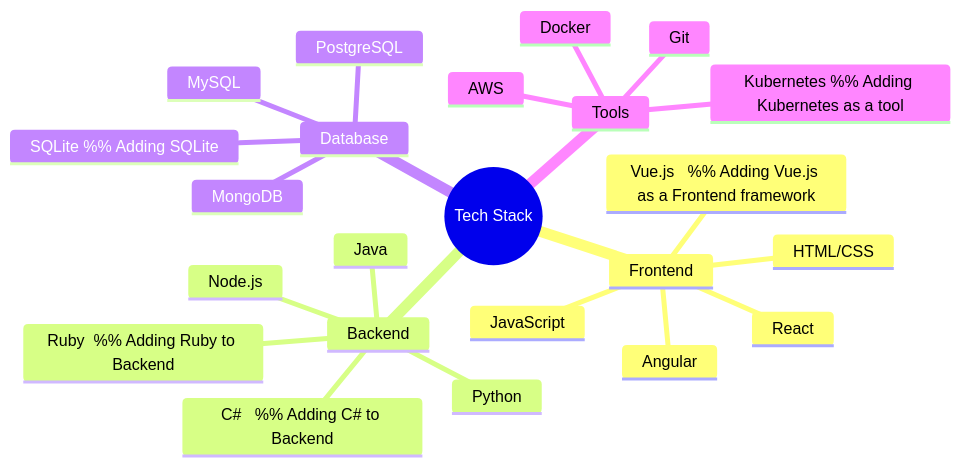
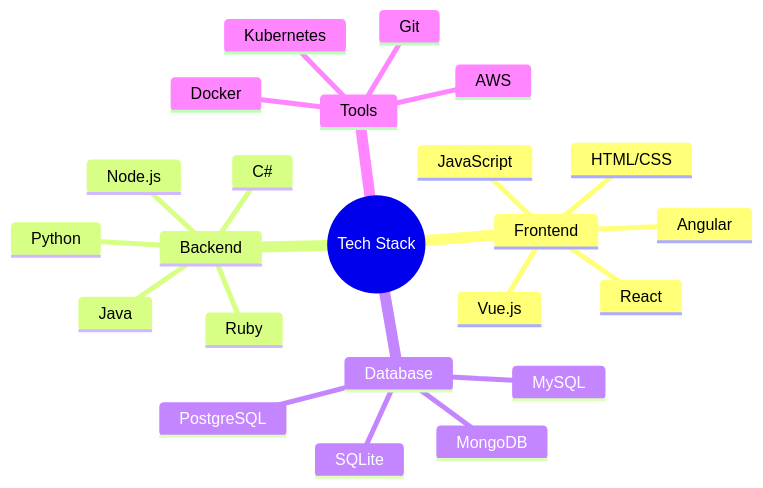
Before and after one commit to udithanayanajith/udithanayanajith: the first of 3 diagrams in README.md, drawn with Mermaid.

````diff
--- a/README.md
+++ b/README.md
@@ -12,43 +12,45 @@
 ```mermaid
 %%{init: {'theme': 'base', 'themeVariables': { 
   'fontSize': '16px', 
   'primaryColor': '#2196F3', 
   'secondaryColor': '#FFEB3B', 
   'tertiaryColor': '#FF5722', 
   'edgeLabelBackground': '#ffffff', 
   'primaryTextColor': '#FFFFFF', 
   'secondaryTextColor': '#000000', 
   'tertiaryTextColor': '#FFFFFF', 
   'nodeBorder': '2px solid #FFEB3B', 
   'nodeTextColor': '#FFFFFF', 
   'linkColor': '#4CAF50',
   'nodeShape': 'circle',  %% Adding a shape for Frontend nodes
-  'backendNodeShape': 'rect' %% Adding a different shape for Backend nodes
+  'backendNodeShape': 'rect', %% Adding a different shape for Backend nodes
+  'backgroundColor': '#F5F5F5' %% Changing the background to light gray
 }}}%%
 mindmap
   root((Tech Stack))
     Frontend
       HTML/CSS
       JavaScript
       React
       Angular
-      Vue.js   %% Adding Vue.js as a Frontend framework
+      Vue.js
     Backend
       Node.js
       Python
       Java
-      C#   %% Adding C# to Backend
-      Ruby  %% Adding Ruby to Backend
+      C#
+      Ruby
     Database
       MongoDB
       MySQL
       PostgreSQL
-      SQLite %% Adding SQLite
+      SQLite
     Tools
       Git
       Docker
       AWS
-      Kubernetes %% Adding Kubernetes as a tool
+      Kubernetes
+
 
 
 ```
````
